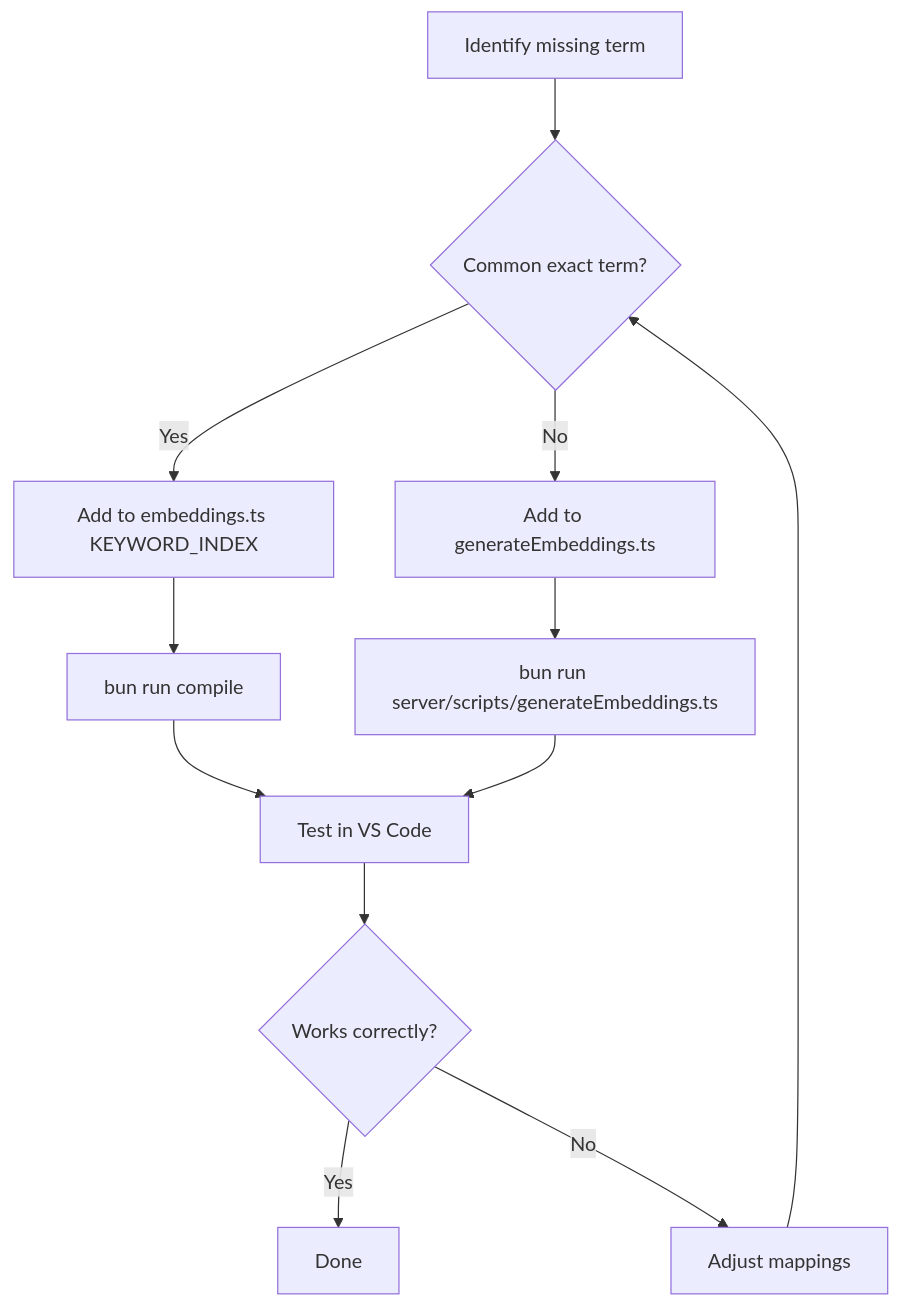
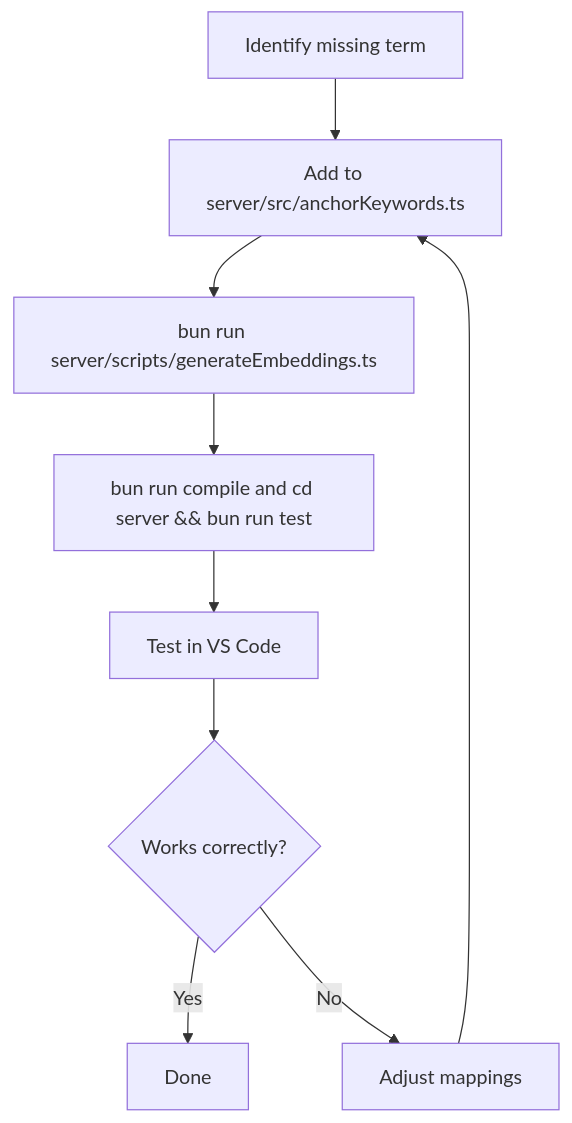
Before and after one commit to hed-standard/hed-lsp: the diagram in docs/extending.md, drawn with Mermaid. The commit also changed other lines of this file and 2 other files, not shown here.

First line of the commit message:
docs: single-file keyword instructions and changelog

````diff
--- a/docs/extending.md
+++ b/docs/extending.md
@@ -50,18 +40,12 @@
 ```mermaid
 flowchart TD
-    A[Identify missing term] --> B{Common exact term?}
+    A[Identify missing term] --> B[Add to server/src/anchorKeywords.ts]
+    B --> C[bun run server/scripts/generateEmbeddings.ts]
+    C --> D[bun run compile and cd server && bun run test]
+    D --> E[Test in VS Code]
 
-    B -->|Yes| C[Add to embeddings.ts KEYWORD_INDEX]
-    B -->|No| D[Add to generateEmbeddings.ts]
-
-    C --> E[bun run compile]
-    D --> F[bun run server/scripts/generateEmbeddings.ts]
-
-    E --> G[Test in VS Code]
-    F --> G
-
-    G --> H{Works correctly?}
-    H -->|Yes| I[Done]
-    H -->|No| J[Adjust mappings]
-    J --> B
+    E --> F{Works correctly?}
+    F -->|Yes| G[Done]
+    F -->|No| H[Adjust mappings]
+    H --> B
 ```
````
